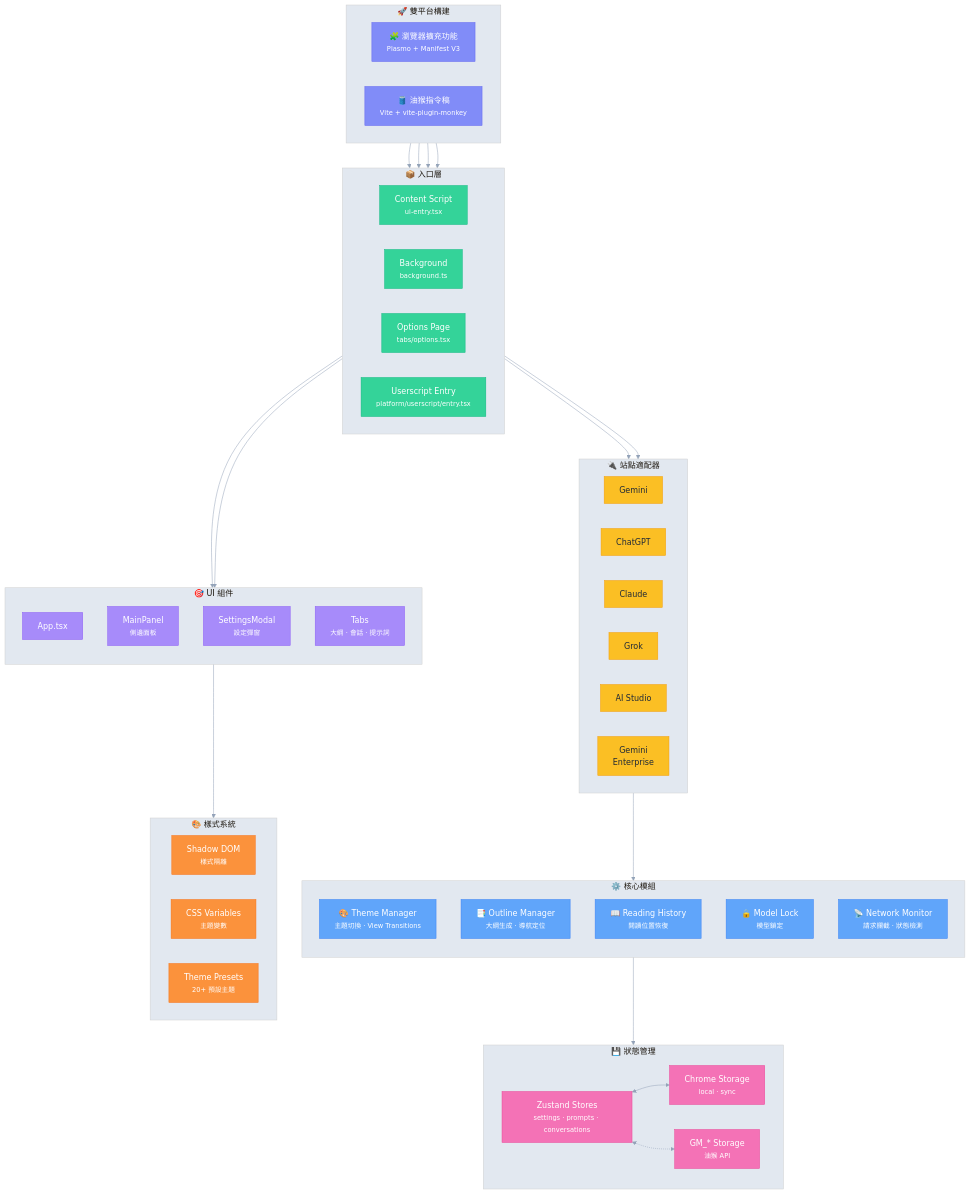
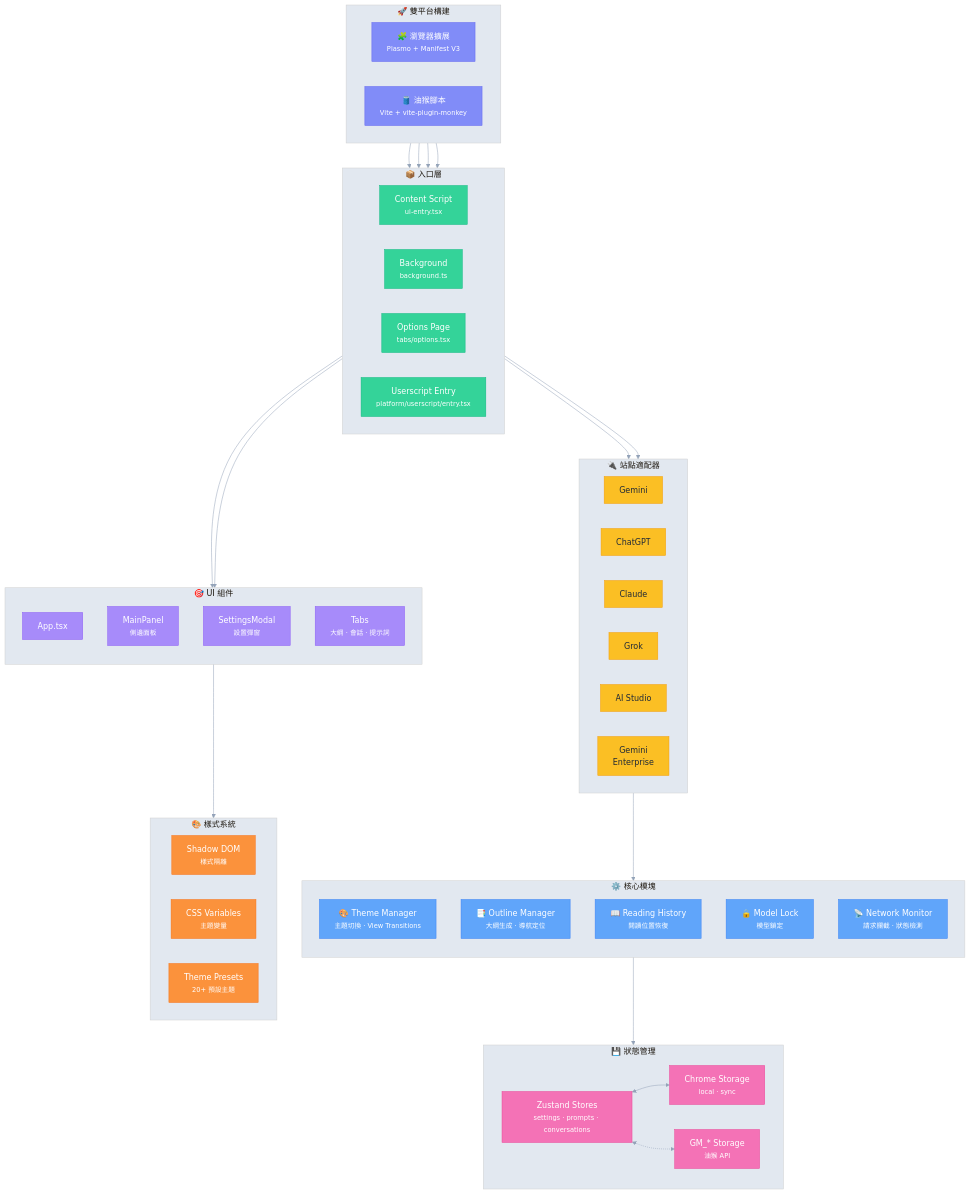
The diagram in .github/readmes/README_zh-TW.md (urzeye/ophel), drawn with Mermaid before and after one commit. The commit also changed other lines of this file and 7 other files, not shown here.

```diff
--- a/.github/readmes/README_zh-TW.md
+++ b/.github/readmes/README_zh-TW.md
@@ -79,8 +148,8 @@
 flowchart TB
     subgraph Platforms["🚀 雙平台構建"]
         direction LR
-        EXT["🧩 瀏覽器擴充功能<br/><small>Plasmo + Manifest V3</small>"]
-        US["🛢️ 油猴指令稿<br/><small>Vite + vite-plugin-monkey</small>"]
+        EXT["🧩 瀏覽器擴展<br/><small>Plasmo + Manifest V3</small>"]
+        US["🛢️ 油猴腳本<br/><small>Vite + vite-plugin-monkey</small>"]
     end
 
     subgraph Entry["📦 入口層"]
@@ -101,7 +170,7 @@
         GEE["Gemini<br/>Enterprise"]
     end
 
-    subgraph Core["⚙️ 核心模組"]
+    subgraph Core["⚙️ 核心模塊"]
         direction TB
         TM["🎨 Theme Manager<br/><small>主題切換 · View Transitions</small>"]
         OM["📑 Outline Manager<br/><small>大綱生成 · 導航定位</small>"]
@@ -121,29 +190,35 @@
         direction TB
         APP["App.tsx"]
         MP["MainPanel<br/><small>側邊面板</small>"]
-        SM["SettingsModal<br/><small>設定彈窗</small>"]
+        SM["SettingsModal<br/><small>設置彈窗</small>"]
         TABS["Tabs<br/><small>大綱 · 會話 · 提示詞</small>"]
     end
 
     subgraph CSS["🎨 樣式系統"]
         direction LR
         SD["Shadow DOM<br/><small>樣式隔離</small>"]
-        TV["CSS Variables<br/><small>主題變數</small>"]
+        TV["CSS Variables<br/><small>主題變量</small>"]
         TH["Theme Presets<br/><small>20+ 預設主題</small>"]
     end
 
+    %% 連接關係
     EXT --> CE & BG & OPT
     US --> USE
+
     CE --> Adapters
     USE --> Adapters
+
     Adapters --> Core
     Core --> State
+
     CE --> UI
     USE --> UI
     UI --> CSS
+
     ZS <--> CS
     ZS <-.-> GM
 
+    %% 樣式
     classDef platform fill:#818cf8,stroke:#6366f1,color:#fff
     classDef entry fill:#34d399,stroke:#10b981,color:#fff
     classDef adapter fill:#fbbf24,stroke:#f59e0b,color:#1f2937
```
